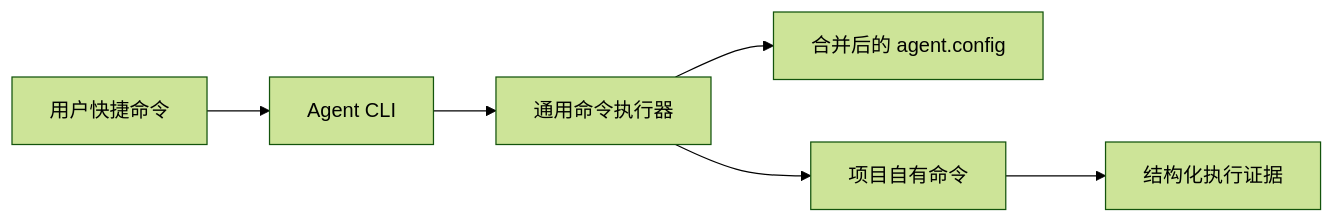
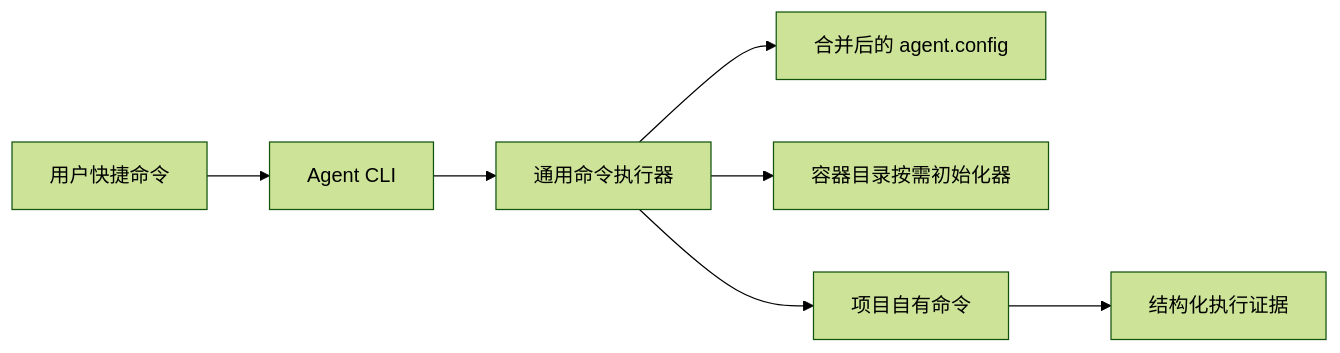
Before and after one commit to hollisyao2024/PromptsEngineering: the first of 2 diagrams in docs/ARCH.md, drawn with Mermaid (forest theme). The commit also changed other lines of this file and 19 other files, not shown here.

````diff
--- a/docs/ARCH.md
+++ b/docs/ARCH.md
@@ -22,8 +22,9 @@
 ```mermaid
 flowchart LR
   U[用户快捷命令] --> A[Agent CLI]
   A --> D[通用命令执行器]
   D --> C[合并后的 agent.config]
+  D --> I[容器目录按需初始化器]
   D --> P[项目自有命令]
   P --> E[结构化执行证据]
 ```
````
